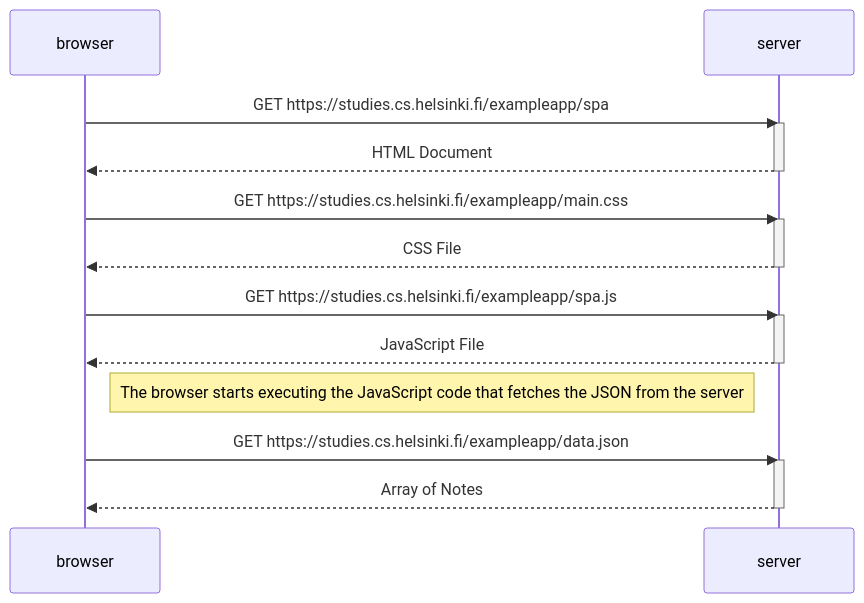
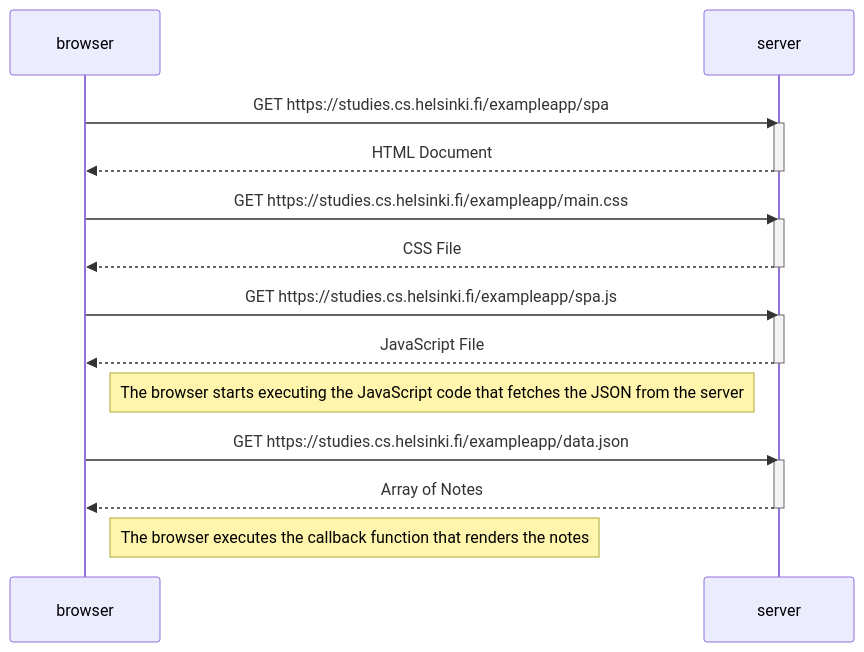
One commit to valtteriper/FullstackOpen changed the diagram in part_0.5.md. Above: the diagram before and after it, drawn with Mermaid.

````diff
--- a/part_0.5.md
+++ b/part_0.5.md
@@ -1,28 +1,30 @@
 ```mermaid
 sequenceDiagram
     participant browser
     participant server
     
     browser->>server: GET https://studies.cs.helsinki.fi/exampleapp/spa
     activate server
     server-->>browser: HTML Document
     deactivate server
 
     browser->>server: GET https://studies.cs.helsinki.fi/exampleapp/main.css
     activate server
     server-->>browser: CSS File
     deactivate server
 
     browser->>server: GET https://studies.cs.helsinki.fi/exampleapp/spa.js
     activate server
     server-->>browser: JavaScript File
     deactivate server
 
     Note right of browser: The browser starts executing the JavaScript code that fetches the JSON from the server
 
     browser->>server: GET https://studies.cs.helsinki.fi/exampleapp/data.json
     activate server
     server-->>browser: Array of Notes
     deactivate server
 
+    Note right of browser: The browser executes the callback function that renders the notes 
+
 ```
````
